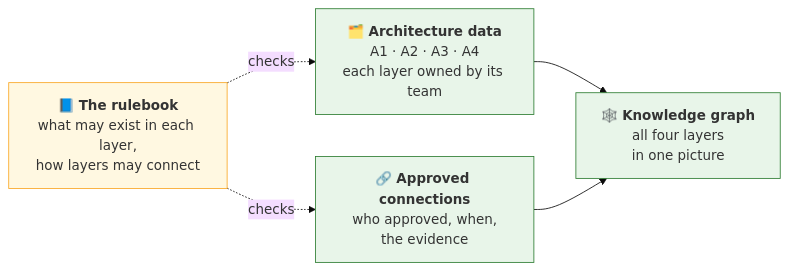
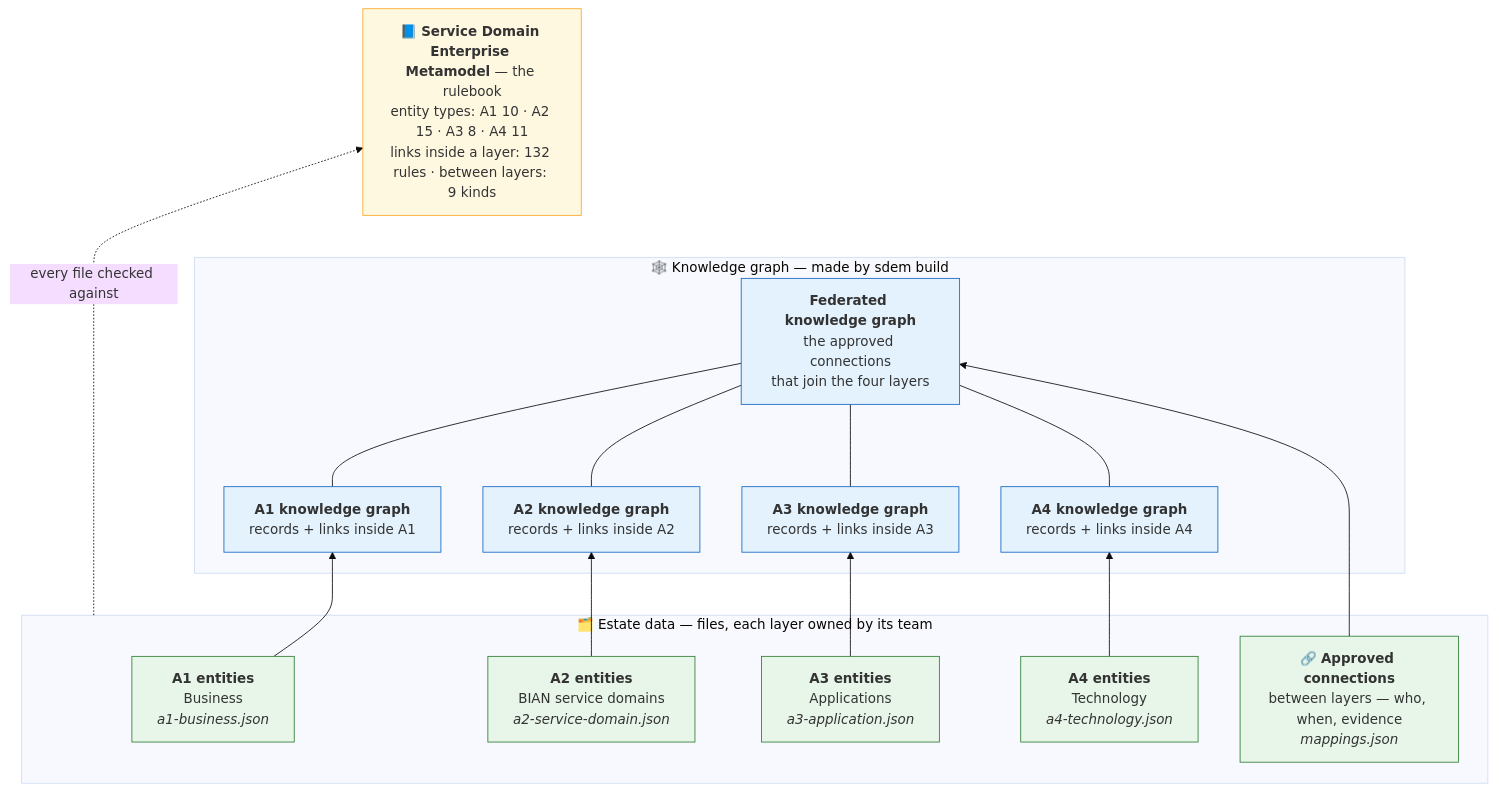
One commit to taumoeps/bian-sdem-framework changed the third of 9 diagrams in README.md. Above: the diagram before and after it, drawn with Mermaid (base theme). The commit also changed other lines of this file and 1 other file, not shown here.

Commit message:
v0.9.7 — README: the data architecture diagram, corrected and in more detail (estate data → layer graphs joined by the federated graph of approved connections; the metamodel as the rulebook every file is checked against, with entity types per layer)

````diff
--- a/README.md
+++ b/README.md
@@ -61,15 +61,32 @@
 ```mermaid
-flowchart LR
-    R["📘 <b>The rulebook</b><br/>what may exist in each layer,<br/>how layers may connect"]
-    D["🗂️ <b>Architecture data</b><br/>A1 · A2 · A3 · A4<br/>each layer owned by its team"]
-    M["🔗 <b>Approved connections</b><br/>who approved, when,<br/>the evidence"]
-    K["🕸️ <b>Knowledge graph</b><br/>all four layers<br/>in one picture"]
-    R -.->|"checks"| D
-    R -.->|"checks"| M
-    D --> K
-    M --> K
+flowchart BT
+    subgraph DATA["🗂️ Estate data — files, each layer owned by its team"]
+        E1["<b>A1 entities</b><br/>Business<br/><i>a1-business.json</i>"]
+        E2["<b>A2 entities</b><br/>BIAN service domains<br/><i>a2-service-domain.json</i>"]
+        E3["<b>A3 entities</b><br/>Applications<br/><i>a3-application.json</i>"]
+        E4["<b>A4 entities</b><br/>Technology<br/><i>a4-technology.json</i>"]
+        C["🔗 <b>Approved connections</b><br/>between layers — who, when, evidence<br/><i>mappings.json</i>"]
+    end
+    subgraph KG["🕸️ Knowledge graph — made by sdem build"]
+        G1["<b>A1 knowledge graph</b><br/>records + links inside A1"]
+        G2["<b>A2 knowledge graph</b><br/>records + links inside A2"]
+        G3["<b>A3 knowledge graph</b><br/>records + links inside A3"]
+        G4["<b>A4 knowledge graph</b><br/>records + links inside A4"]
+        F["<b>Federated knowledge graph</b><br/>the approved connections<br/>that join the four layers"]
+    end
+    MM["📘 <b>Service Domain Enterprise Metamodel</b> — the rulebook<br/>entity types: A1 10 · A2 15 · A3 8 · A4 11<br/>links inside a layer: 132 rules · between layers: 9 kinds"]
+    E1 --> G1
+    E2 --> G2
+    E3 --> G3
+    E4 --> G4
+    C --> F
+    G1 & G2 & G3 & G4 --- F
+    F ~~~ MM
+    DATA -.->|"every file checked against"| MM
     classDef r fill:#FFF8E1,stroke:#F9A825
     classDef d fill:#E8F5E9,stroke:#2E7D32
-    class R r
-    class D,M,K d
+    classDef g fill:#E3F2FD,stroke:#1565C0
+    class MM r
+    class E1,E2,E3,E4,C d
+    class G1,G2,G3,G4,F g
 ```
````
